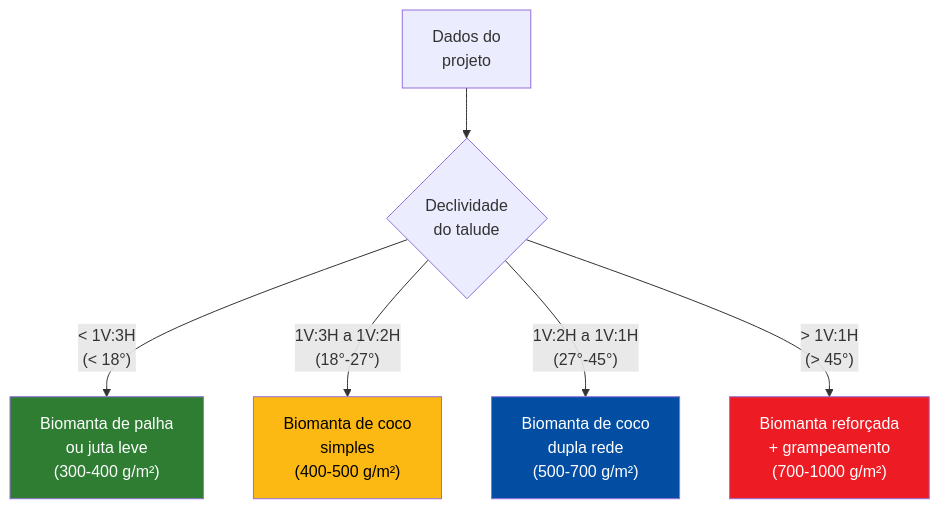
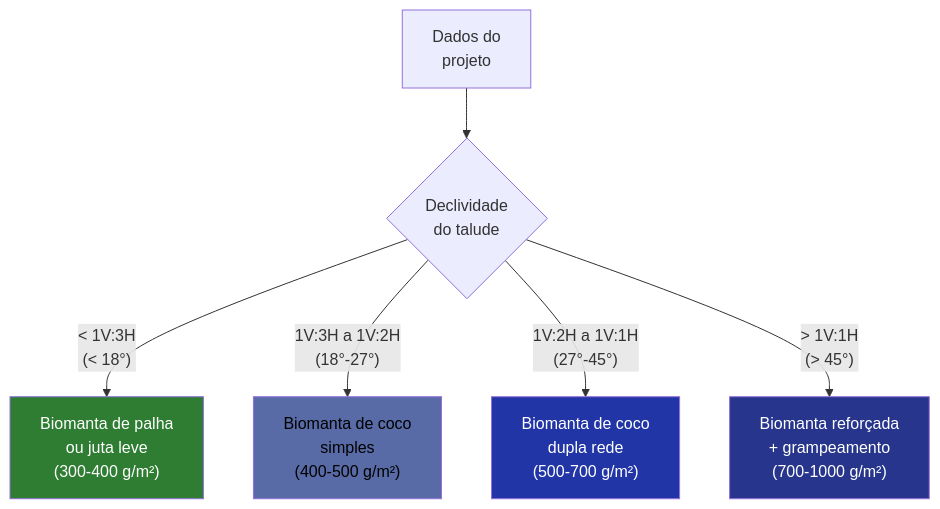
Before and after one commit to ldvsantos/cv: the fourth of 7 diagrams in aulas/bioengenharia_de_solos/aulas/biomantas/biomantas.qmd, drawn with Mermaid. The commit also changed other lines of this file and 466 other files, not shown here.

````diff
--- a/aulas/bioengenharia_de_solos/aulas/biomantas/biomantas.qmd
+++ b/aulas/bioengenharia_de_solos/aulas/biomantas/biomantas.qmd
@@ -396,13 +394,13 @@
 ```{mermaid}
 %%| fig-width: 5.5
 graph TD
     A["Dados do<br>projeto"] --> B{"Declividade<br>do talude"}
     B -->|"< 1V:3H<br>(< 18°)"| C["Biomanta de palha<br>ou juta leve<br>(300-400 g/m²)"]
     B -->|"1V:3H a 1V:2H<br>(18°-27°)"| D["Biomanta de coco<br>simples<br>(400-500 g/m²)"]
     B -->|"1V:2H a 1V:1H<br>(27°-45°)"| E["Biomanta de coco<br>dupla rede<br>(500-700 g/m²)"]
     B -->|"> 1V:1H<br>(> 45°)"| F["Biomanta reforçada<br>+ grampeamento<br>(700-1000 g/m²)"]
     style C fill:#2E7D32,color:#fff
-    style D fill:#FDB913,color:#000
-    style E fill:#034EA2,color:#fff
-    style F fill:#ED1C24,color:#fff
+    style D fill:#586BA6,color:#000
+    style E fill:#2135A6,color:#fff
+    style F fill:#27368C,color:#fff
 ```
````
